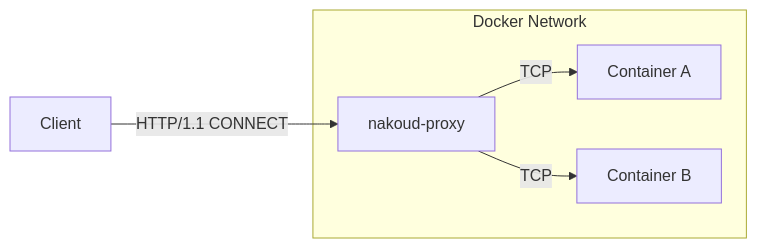
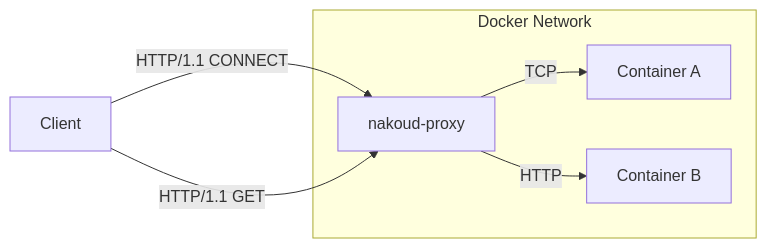
One commit to siketyan/nakoud changed the diagram in README.md. Above: the diagram before and after it, drawn with Mermaid.

Commit message:
docs: Improve the top image

````diff
--- a/README.md
+++ b/README.md
@@ -5,14 +5,15 @@
 ```mermaid
 flowchart LR
     client[Client]
     nakoud[nakoud-proxy]
     containerA[Container A]
     containerB[Container B]
     
     client -- HTTP/1.1 CONNECT --> nakoud
+    client -- HTTP/1.1 GET --> nakoud
     
     subgraph network [Docker Network]
         nakoud -- TCP --> containerA
-        nakoud -- TCP --> containerB
+        nakoud -- HTTP --> containerB
     end
 ```
````
